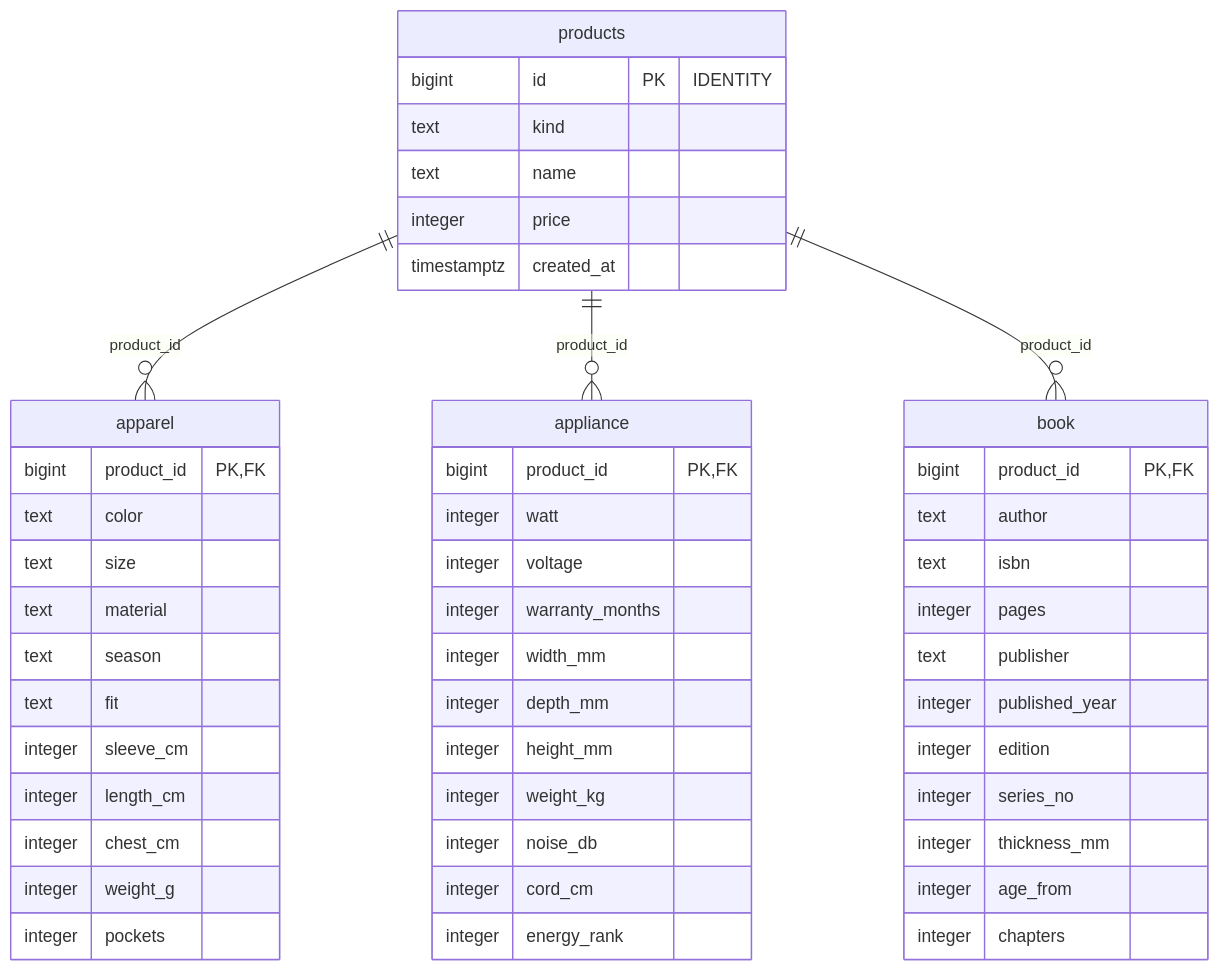
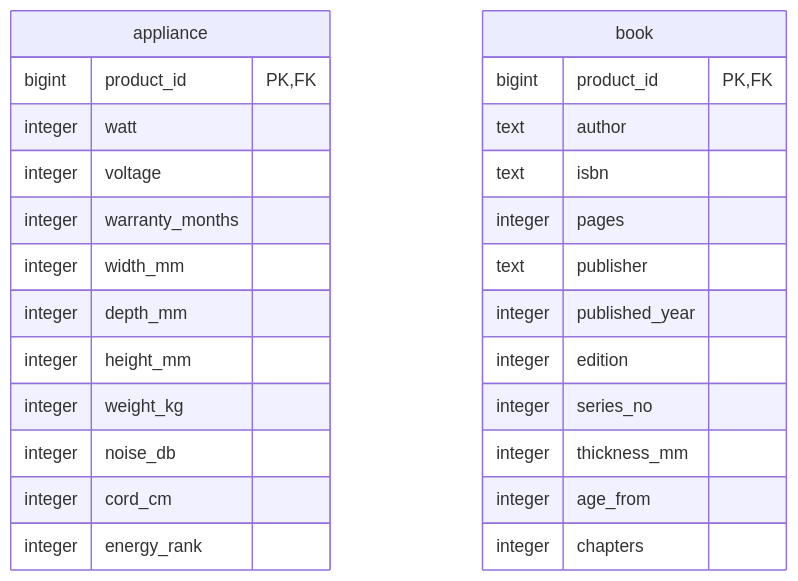
One commit to driftnode986/postgresql-db-design-samples changed the fifth of 6 diagrams in ch02_product_catalog/README.md. Above: the diagram before and after it, drawn with Mermaid. The commit also changed other lines of this file and 15 other files, not shown here.

First line of the commit message:
docs: 設計案の構成図を縦並びにし、幅の広い ER 図を分けて、GitHub で縮まない大きさにする

````diff
--- a/ch02_product_catalog/README.md
+++ b/ch02_product_catalog/README.md
@@ -98,52 +122,29 @@
 ```mermaid
 erDiagram
-  apparel {
-    bigint product_id PK, FK
-    text color
-    text size
-    text material
-    text season
-    text fit
-    integer sleeve_cm
-    integer length_cm
-    integer chest_cm
-    integer weight_g
-    integer pockets
-  }
   appliance {
     bigint product_id PK, FK
     integer watt
     integer voltage
     integer warranty_months
     integer width_mm
     integer depth_mm
     integer height_mm
     integer weight_kg
     integer noise_db
     integer cord_cm
     integer energy_rank
   }
   book {
     bigint product_id PK, FK
     text author
     text isbn
     integer pages
     text publisher
     integer published_year
     integer edition
     integer series_no
     integer thickness_mm
     integer age_from
     integer chapters
   }
-  products {
-    bigint id PK "IDENTITY"
-    text kind
-    text name
-    integer price
-    timestamptz created_at
-  }
-  products ||--o{ apparel : "product_id"
-  products ||--o{ appliance : "product_id"
-  products ||--o{ book : "product_id"
 ```
````
